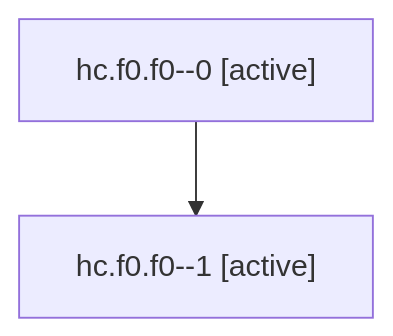
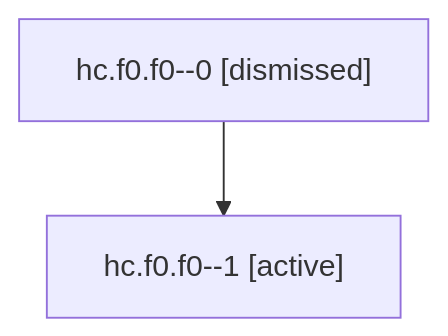
One commit to sase-org/sase--agents changed the diagram in sessions/bbugyi200.athena.hc.f0.f0.md. Above: the diagram before and after it, drawn with Mermaid. The commit also changed other lines of this file and 37 other files, not shown here.

````diff
--- a/sessions/bbugyi200.athena.hc.f0.f0.md
+++ b/sessions/bbugyi200.athena.hc.f0.f0.md
@@ -9,6 +9,6 @@
 ```mermaid
 flowchart TD
-  n0["hc.f0.f0--0 [active]"]
+  n0["hc.f0.f0--0 [dismissed]"]
   n1["hc.f0.f0--1 [active]"]
   n0 --> n1
 ```
````
